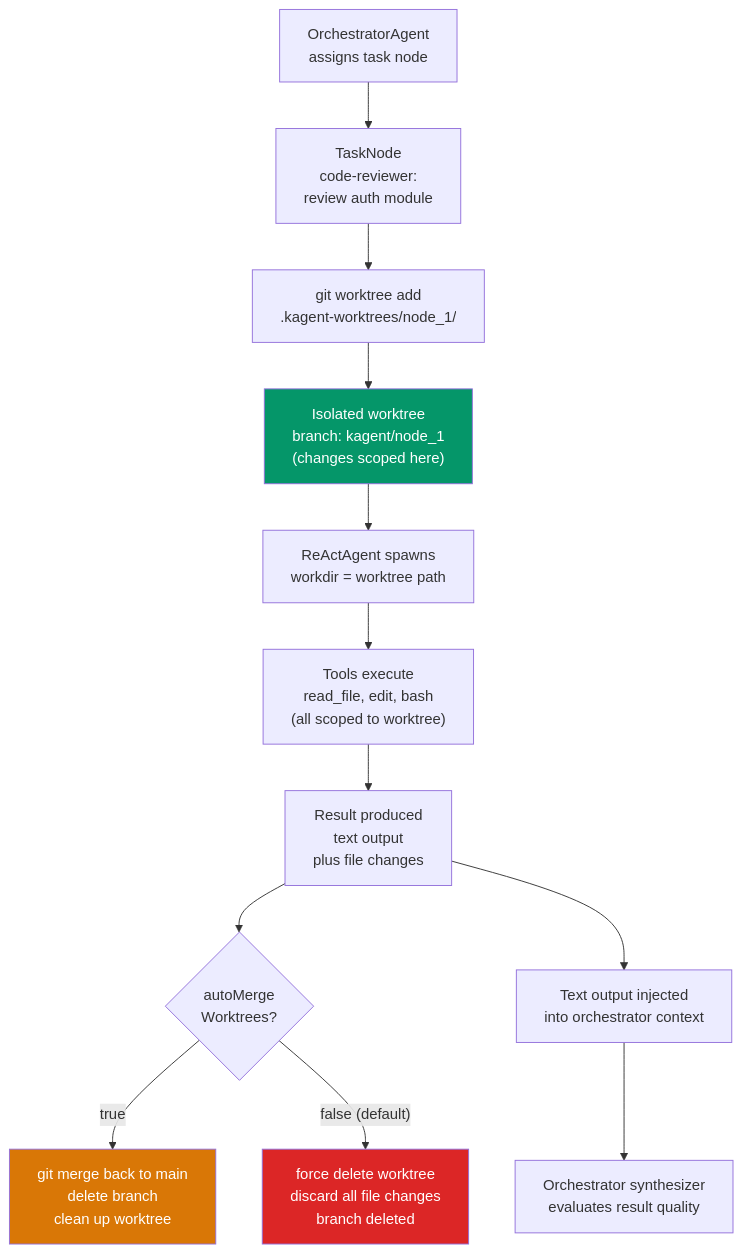
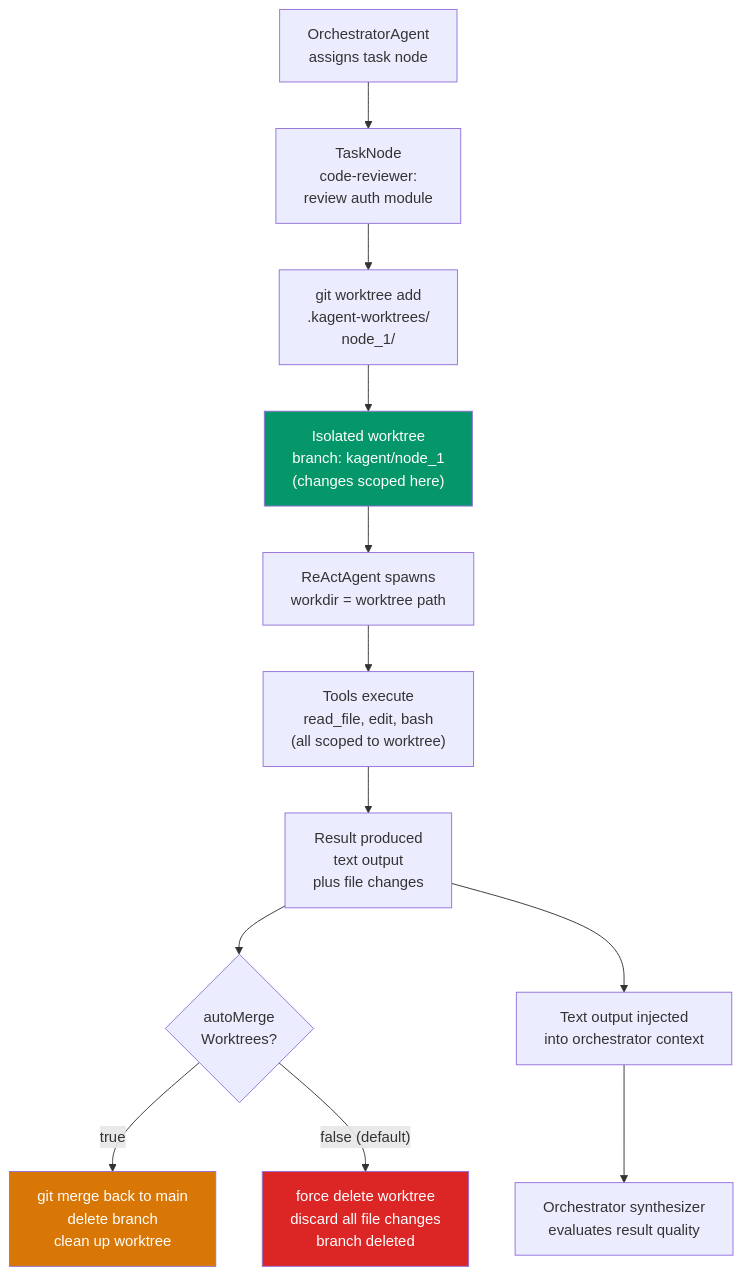
One commit to kkhhhh-ll/kagent-ts changed the fourth of 5 diagrams in README.md. Above: the diagram before and after it, drawn with Mermaid. The commit also changed other lines of this file, not shown here.

````diff
--- a/README.md
+++ b/README.md
@@ -167,25 +167,25 @@
 ```mermaid
 flowchart TD
     O["OrchestratorAgent\nassigns task node"] --> NODE["TaskNode\ncode-reviewer:\nreview auth module"]
 
-    NODE --> WT_CREATE["git worktree add\n.kagent-worktrees/node_1/"]
+    NODE --> WT_CREATE["git worktree add\n.kagent-worktrees/\n  node_1/"]
 
     WT_CREATE --> WT["Isolated worktree\nbranch: kagent/node_1\n(changes scoped here)"]
 
     WT --> SA["ReActAgent spawns\nworkdir = worktree path"]
 
     SA --> TOOLS["Tools execute\nread_file, edit, bash\n(all scoped to worktree)"]
 
     TOOLS --> RESULT["Result produced\ntext output\nplus file changes"]
 
     RESULT --> CHOICE{"autoMerge\nWorktrees?"}
     CHOICE -->|"true"| MERGE["git merge back to main\ndelete branch\nclean up worktree"]
     CHOICE -->|"false (default)"| DISCARD["force delete worktree\ndiscard all file changes\nbranch deleted"]
 
     RESULT --> CTX["Text output injected\ninto orchestrator context"]
     CTX --> SYNTH["Orchestrator synthesizer\nevaluates result quality"]
 
     style WT fill:#059669,color:#fff
     style DISCARD fill:#dc2626,color:#fff
     style MERGE fill:#d97706,color:#fff
 ```
````
